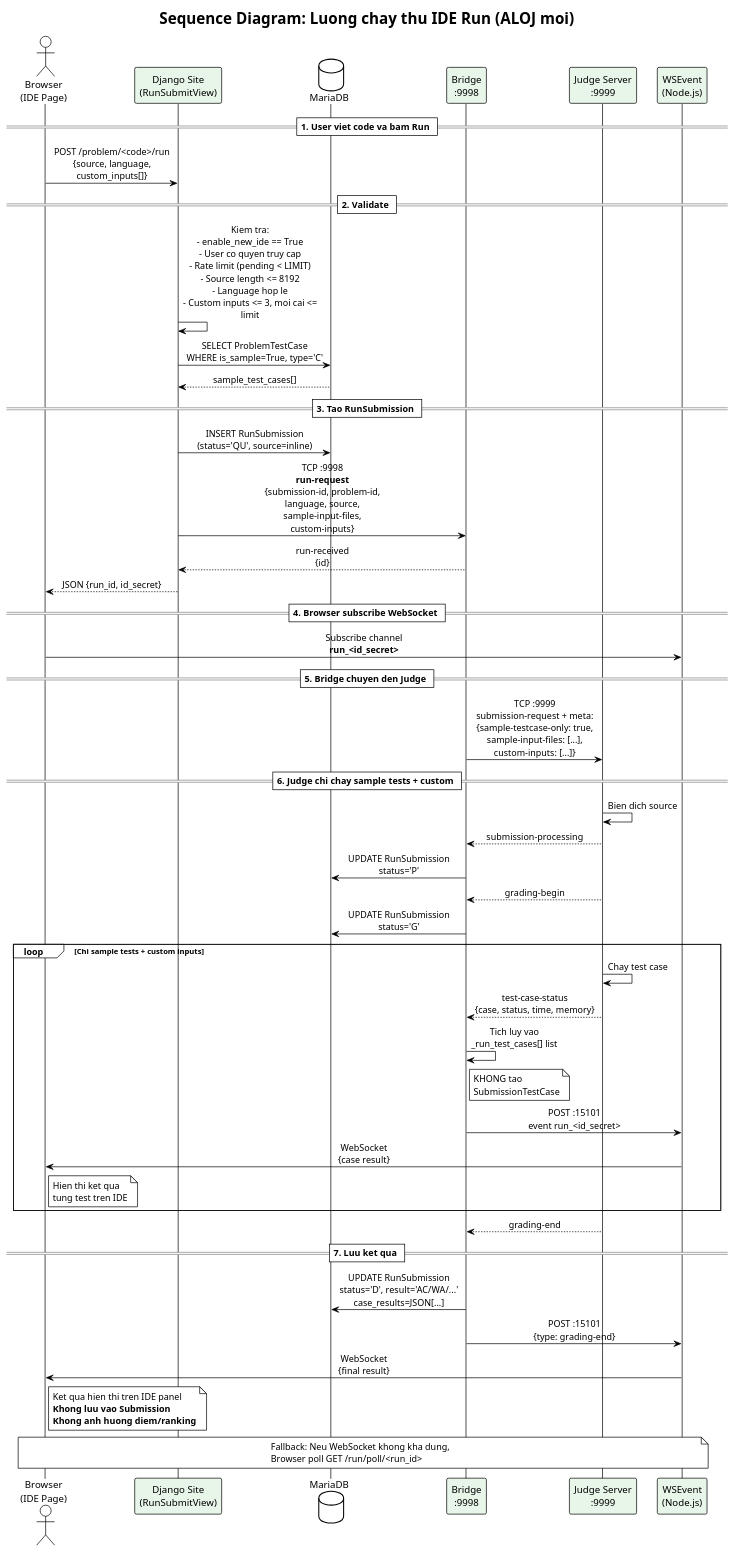
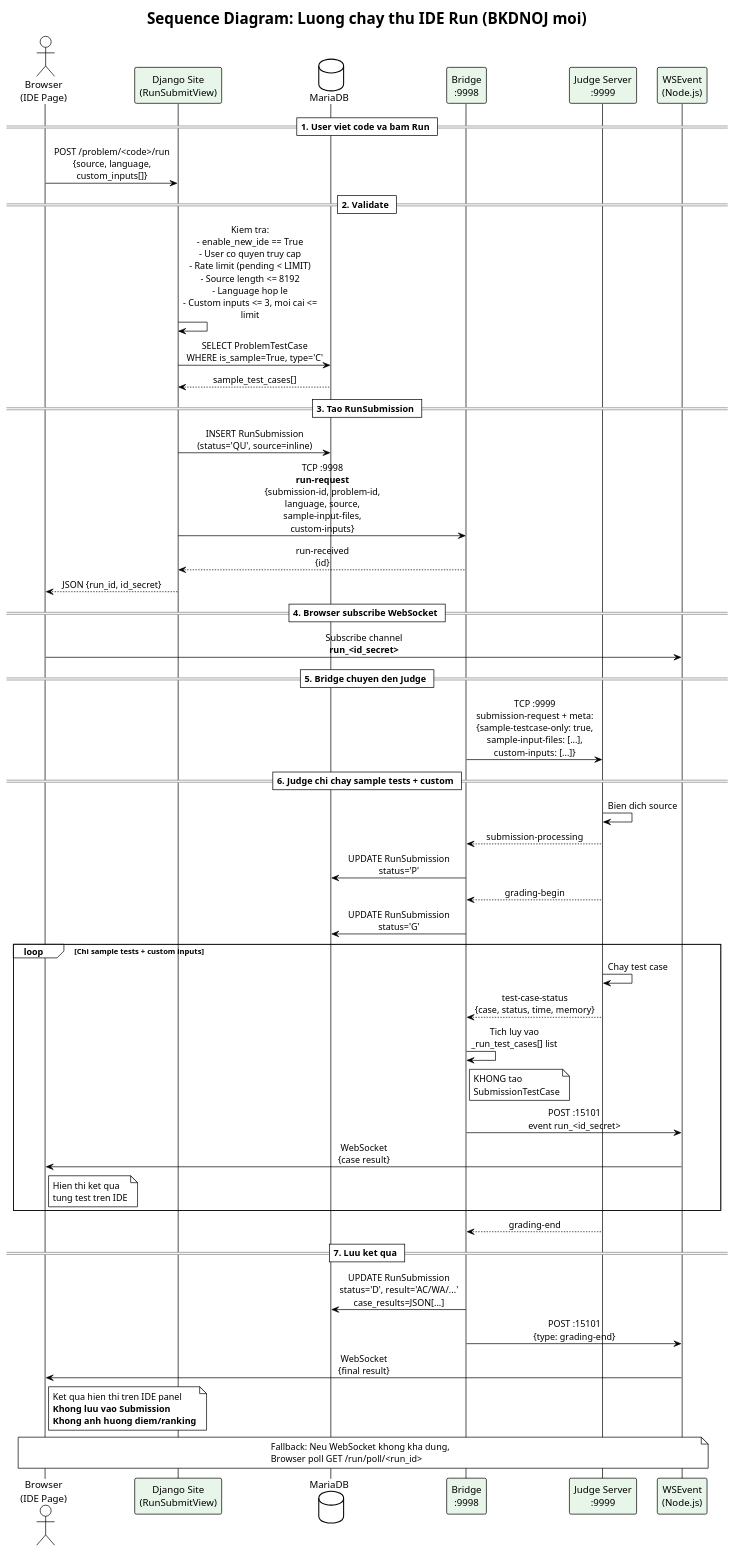
The diagram in document/gzx/07_sequence_ide_run.puml (Algorit-loop/My-Online-Judge), drawn with PlantUML before and after one commit. The commit also changed 44 other files, not shown here.

```diff
--- a/document/gzx/07_sequence_ide_run.puml
+++ b/document/gzx/07_sequence_ide_run.puml
@@ -1,79 +1,79 @@
 @startuml Sequence_IDE_Run
 !theme plain
 skinparam sequenceMessageAlign center
 skinparam maxMessageSize 200
 skinparam participant {
   BackgroundColor #E8F5E9
 }
 
-title Sequence Diagram: Luong chay thu IDE Run (ALOJ moi)
+title Sequence Diagram: Luong chay thu IDE Run (BKDNOJ moi)
 
 actor "Browser\n(IDE Page)" as B
 participant "Django Site\n(RunSubmitView)" as Site
 database "MariaDB" as DB
 participant "Bridge\n:9998" as Bridge
 participant "Judge Server\n:9999" as Judge
 participant "WSEvent\n(Node.js)" as WS
 
 == 1. User viet code va bam Run ==
 B -> Site : POST /problem/<code>/run\n{source, language, custom_inputs[]}
 
 == 2. Validate ==
 Site -> Site : Kiem tra:\n- enable_new_ide == True\n- User co quyen truy cap\n- Rate limit (pending < LIMIT)\n- Source length <= 8192\n- Language hop le\n- Custom inputs <= 3, moi cai <= limit
 
 Site -> DB : SELECT ProblemTestCase\nWHERE is_sample=True, type='C'
 DB --> Site : sample_test_cases[]
 
 == 3. Tao RunSubmission ==
 Site -> DB : INSERT RunSubmission\n(status='QU', source=inline)
 
 Site -> Bridge : TCP :9998\n**run-request**\n{submission-id, problem-id,\nlanguage, source,\nsample-input-files,\ncustom-inputs}
 
 Bridge --> Site : run-received\n{id}
 Site --> B : JSON {run_id, id_secret}
 
 == 4. Browser subscribe WebSocket ==
 B -> WS : Subscribe channel\n**run_<id_secret>**
 
 == 5. Bridge chuyen den Judge ==
 Bridge -> Judge : TCP :9999\nsubmission-request + meta:\n{sample-testcase-only: true,\nsample-input-files: [...],\ncustom-inputs: [...]}
 
 == 6. Judge chi chay sample tests + custom ==
 Judge -> Judge : Bien dich source
 
 Judge --> Bridge : submission-processing
 Bridge -> DB : UPDATE RunSubmission status='P'
 
 Judge --> Bridge : grading-begin
 Bridge -> DB : UPDATE RunSubmission status='G'
 
 loop Chi sample tests + custom inputs
   Judge -> Judge : Chay test case
   Judge --> Bridge : test-case-status\n{case, status, time, memory}
   Bridge -> Bridge : Tich luy vao\n_run_test_cases[] list
   note right of Bridge : KHONG tao\nSubmissionTestCase
   Bridge -> WS : POST :15101\nevent run_<id_secret>
   WS -> B : WebSocket\n{case result}
   note right of B : Hien thi ket qua\ntung test tren IDE
 end
 
 Judge --> Bridge : grading-end
 
 == 7. Luu ket qua ==
 Bridge -> DB : UPDATE RunSubmission\nstatus='D', result='AC/WA/...'\ncase_results=JSON[...]
 
 Bridge -> WS : POST :15101\n{type: grading-end}
 WS -> B : WebSocket\n{final result}
 
 note right of B
   Ket qua hien thi tren IDE panel
   **Khong luu vao Submission**
   **Khong anh huong diem/ranking**
 end note
 
 note over B, WS
   Fallback: Neu WebSocket khong kha dung,
   Browser poll GET /run/poll/<run_id>
 end note
 
 @enduml
```
